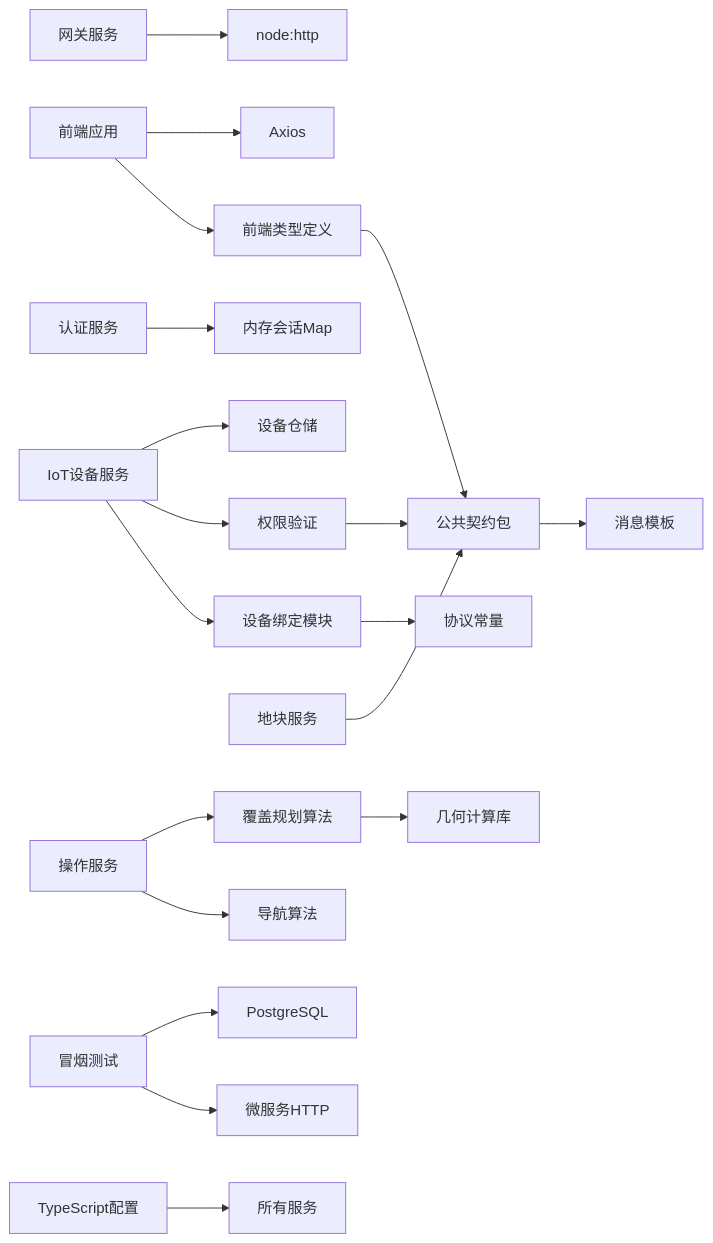
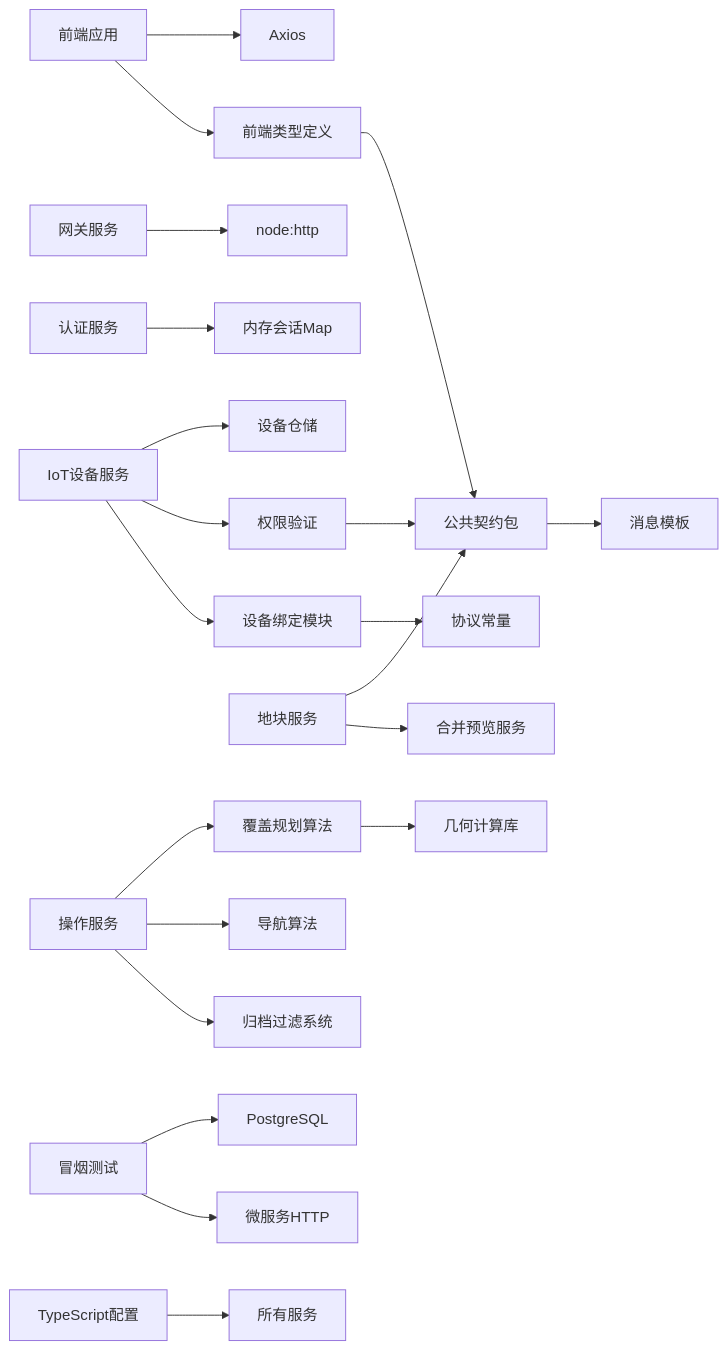
Before and after one commit to q446328246/agri-platform: diagram 21 of 21 in .qoder/repowiki/zh/content/前端应用文档/API集成.md, drawn with Mermaid. The commit also changed other lines of this file and 42 other files, not shown here.

````diff
--- a/.qoder/repowiki/zh/content/前端应用文档/API集成.md
+++ b/.qoder/repowiki/zh/content/前端应用文档/API集成.md
@@ -802,21 +883,23 @@
 ```mermaid
 graph LR
 WEB["前端应用"] --> AXIOS["Axios"]
 WEB --> TYPES["前端类型定义"]
 GATEWAY["网关服务"] --> NODE_HTTP["node:http"]
 AUTH["认证服务"] --> MAP["内存会话Map"]
 IOT["IoT设备服务"] --> DEVICE_REPO["设备仓储"]
 IOT --> AUTHZ["权限验证"]
 IOT --> BINDING["设备绑定模块"]
 PLOT["地块服务"] --> CONTRACTS["公共契约包"]
+PLOT --> MERGE_PREVIEW["合并预览服务"]
 OPERATION["操作服务"] --> COVERAGE["覆盖规划算法"]
 OPERATION --> NAVIGATION["导航算法"]
+OPERATION --> ARCHIVE_FILTER["归档过滤系统"]
 CONTRACTS --> MESSAGES["消息模板"]
 TYPES --> CONTRACTS
 AUTHZ --> CONTRACTS
 BINDING --> PROTOCOLS["协议常量"]
 COVERAGE --> GEOMETRY["几何计算库"]
 SMOKE["冒烟测试"] --> DB["PostgreSQL"]
 SMOKE --> SERVICES["微服务HTTP"]
 TS_CONFIG["TypeScript配置"] --> ALL_SERVICES["所有服务"]
 ```
````
